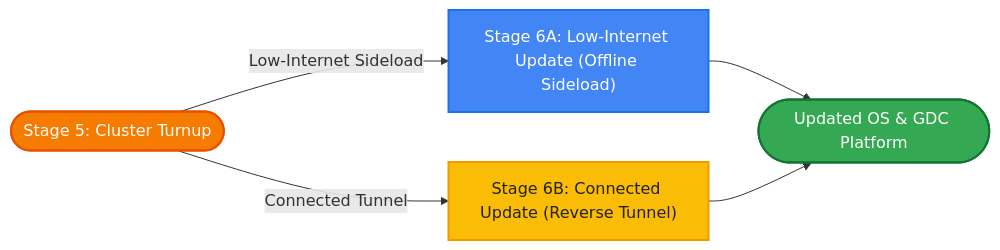
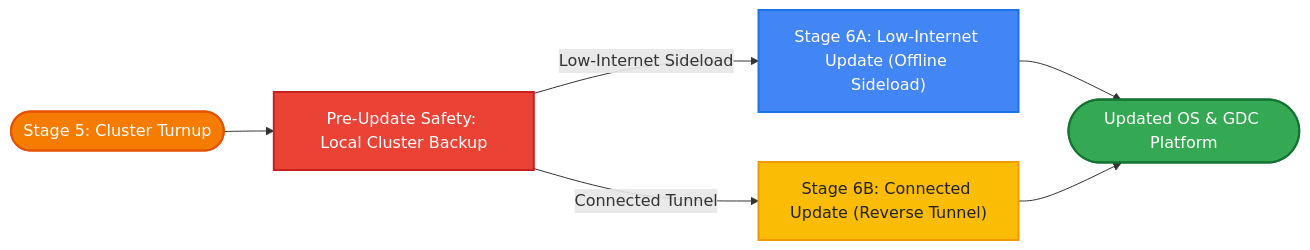
The second of 3 diagrams in README.md (mike-ensor/gdc-disk-provisioner-gh), drawn with Mermaid before and after one commit. The commit also changed other lines of this file and 9 other files, not shown here.

Commit message:
Details around offline-low-internet install, and cluster install process

````diff
--- a/README.md
+++ b/README.md
@@ -47,28 +47,31 @@
 ```mermaid
 flowchart LR
     %% Define Google Brand Styles
     classDef start fill:#F1F3F4,stroke:#9AA0A6,stroke-width:2px,color:#202124;
     classDef blue fill:#4285F4,stroke:#1A73E8,stroke-width:2px,color:#FFFFFF;
     classDef red fill:#EA4335,stroke:#C5221F,stroke-width:2px,color:#FFFFFF;
     classDef yellow fill:#FBBC05,stroke:#F29900,stroke-width:2px,color:#202124;
     classDef green fill:#34A853,stroke:#137333,stroke-width:2px,color:#FFFFFF;
     classDef orange fill:#F57C00,stroke:#E65100,stroke-width:2px,color:#FFFFFF;
 
     %% Nodes
     Stage5(["Stage 5: Cluster Turnup"])
+    Backup["Pre-Update Safety: Local Cluster Backup"]
     Stage6A["Stage 6A: Low-Internet Update (Offline Sideload)"]
     Stage6B["Stage 6B: Connected Update (Reverse Tunnel)"]
     UpdatedOS(["Updated OS & GDC Platform"])
 
     %% Connections
-    Stage5 -->|Low-Internet Sideload| Stage6A
-    Stage5 -->|Connected Tunnel| Stage6B
+    Stage5 --> Backup
+    Backup -->|Low-Internet Sideload| Stage6A
+    Backup -->|Connected Tunnel| Stage6B
     Stage6A --> UpdatedOS
     Stage6B --> UpdatedOS
 
     %% Apply Styles
     class Stage5 orange;
+    class Backup red;
     class Stage6A blue;
     class Stage6B yellow;
     class UpdatedOS green;
 ```
````
